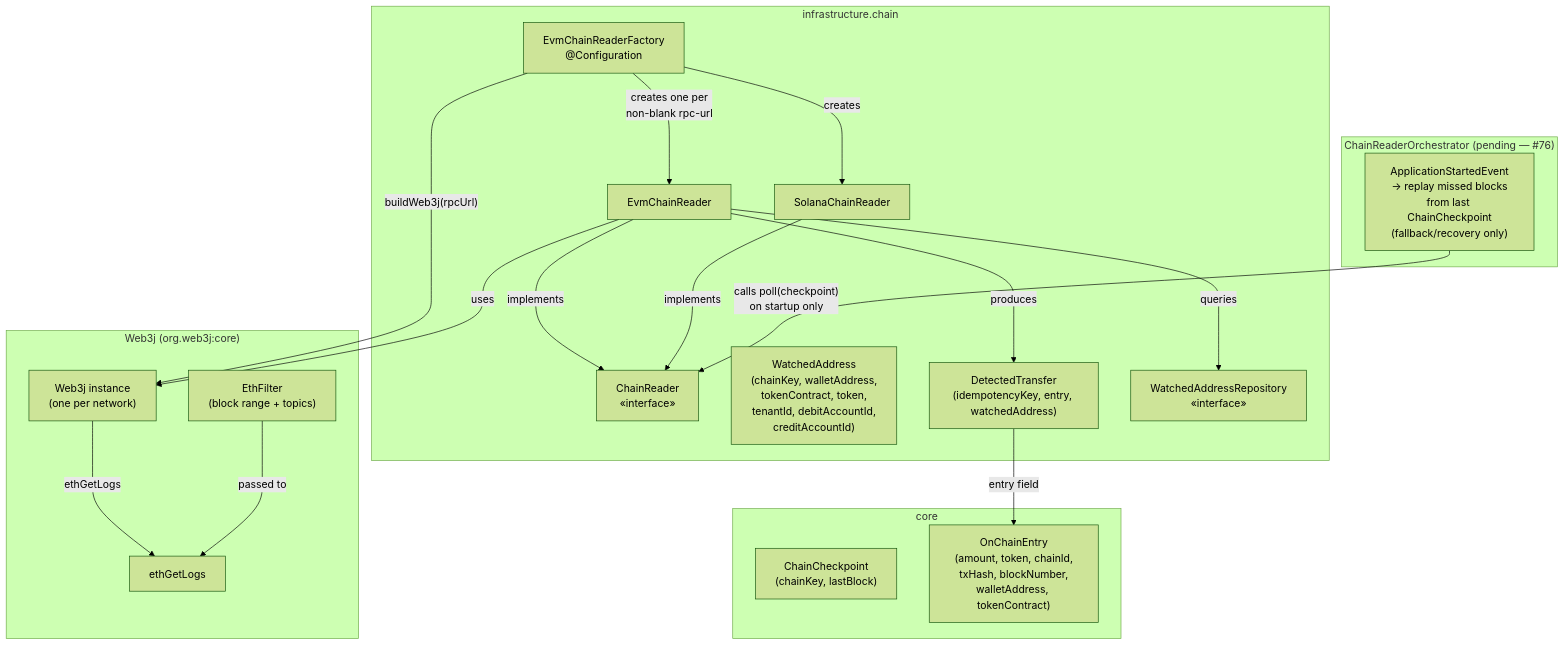
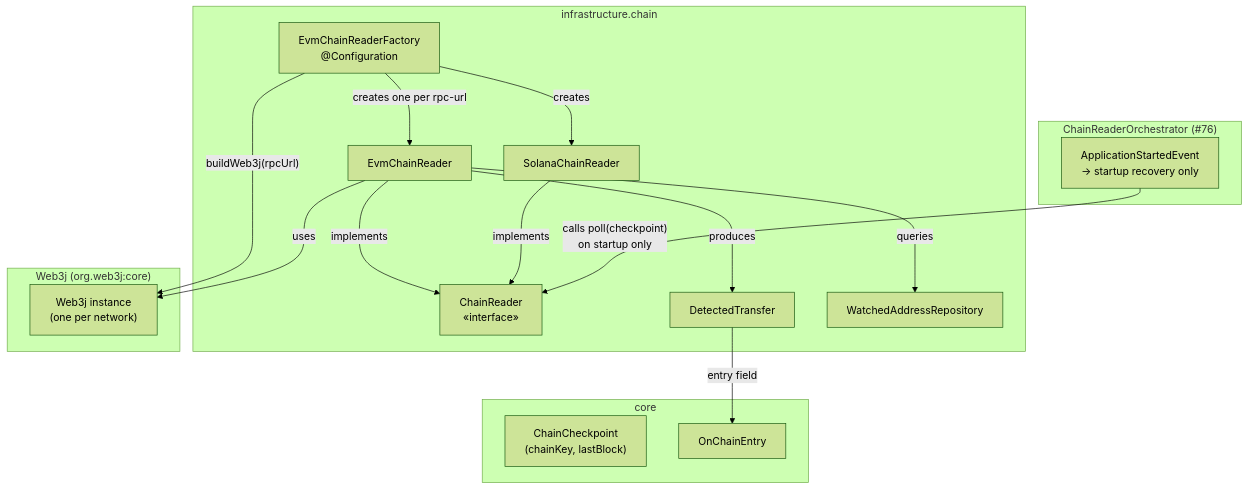
Before and after one commit to idem-finance/idem: the first of 4 diagrams in docs/evm-chain-reader.md, drawn with Mermaid (forest theme). The commit also changed other lines of this file and 2 other files, not shown here.

````diff
--- a/docs/evm-chain-reader.md
+++ b/docs/evm-chain-reader.md
@@ -53,40 +45,35 @@
 ```mermaid
 graph TD
     subgraph core
         ChainCheckpoint["ChainCheckpoint\n(chainKey, lastBlock)"]
-        OnChainEntry["OnChainEntry\n(amount, token, chainId,\ntxHash, blockNumber,\nwalletAddress, tokenContract)"]
+        OnChainEntry["OnChainEntry"]
     end
 
     subgraph infrastructure.chain
         CR["ChainReader\n«interface»"]
         ECR["EvmChainReader"]
         SCR["SolanaChainReader"]
         FACTORY["EvmChainReaderFactory\n@Configuration"]
-        WA["WatchedAddress\n(chainKey, walletAddress,\ntokenContract, token,\ntenantId, debitAccountId,\ncreditAccountId)"]
-        DT["DetectedTransfer\n(idempotencyKey, entry, watchedAddress)"]
-        WAR["WatchedAddressRepository\n«interface»"]
+        DT["DetectedTransfer"]
+        WAR["WatchedAddressRepository"]
     end
 
     subgraph web3j["Web3j (org.web3j:core)"]
         W3J["Web3j instance\n(one per network)"]
-        ETH_FILTER["EthFilter\n(block range + topics)"]
-        ETH_GET_LOGS["ethGetLogs"]
     end
 
-    subgraph orchestrator["ChainReaderOrchestrator (pending — #76)"]
-        ORCH["ApplicationStartedEvent\n→ replay missed blocks\nfrom last ChainCheckpoint\n(fallback/recovery only)"]
+    subgraph orchestrator["ChainReaderOrchestrator (#76)"]
+        ORCH["ApplicationStartedEvent\n→ startup recovery only"]
     end
 
-    FACTORY -->|"creates one per\nnon-blank rpc-url"| ECR
+    FACTORY -->|"creates one per rpc-url"| ECR
     FACTORY -->|"creates"| SCR
     ECR -->|"implements"| CR
     SCR -->|"implements"| CR
     FACTORY -->|"buildWeb3j(rpcUrl)"| W3J
     ECR -->|"uses"| W3J
-    W3J -->|"ethGetLogs"| ETH_GET_LOGS
-    ETH_FILTER -->|"passed to"| ETH_GET_LOGS
     ECR -->|"queries"| WAR
     ECR -->|"produces"| DT
     DT -->|"entry field"| OnChainEntry
     ORCH -->|"calls poll(checkpoint)\non startup only"| CR
 ```
````
